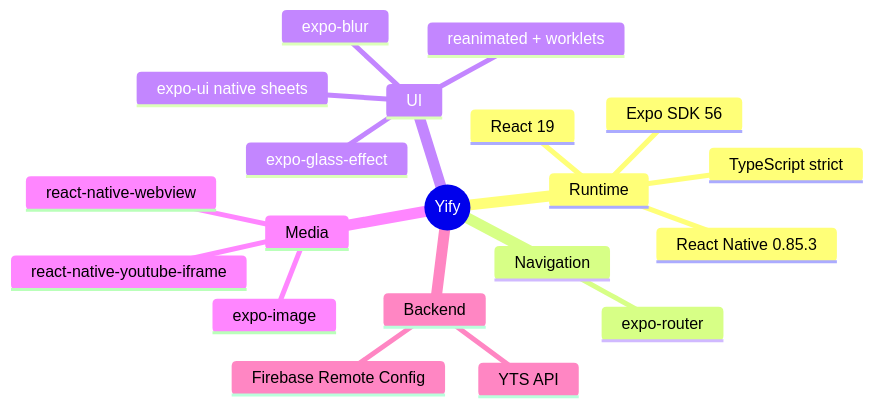
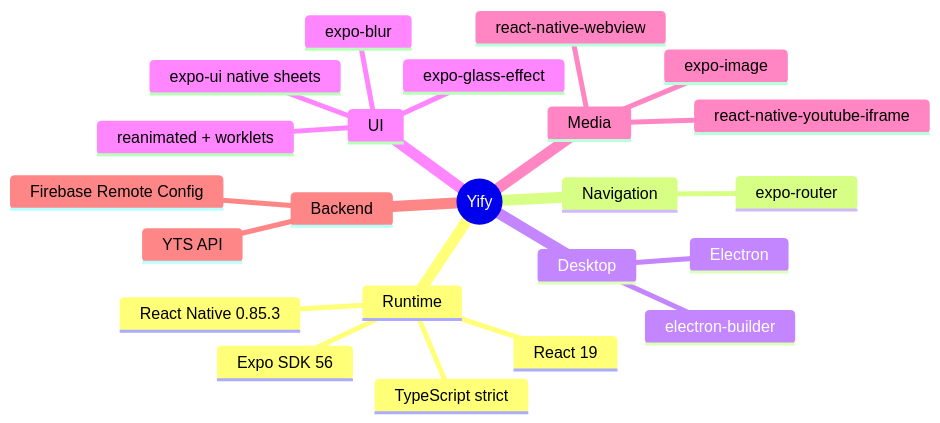
One commit to kunal26das/yify changed the fourth of 4 diagrams in README.md. Above: the diagram before and after it, drawn with Mermaid. The commit also changed other lines of this file, not shown here.

Commit message:
docs: document desktop (Electron) platform in README

````diff
--- a/README.md
+++ b/README.md
@@ -196,23 +199,26 @@
 ```mermaid
 mindmap
   root((Yify))
     Runtime
       Expo SDK 56
       React Native 0.85.3
       React 19
       TypeScript strict
     Navigation
       expo-router
+    Desktop
+      Electron
+      electron-builder
     UI
       expo-glass-effect
       expo-blur
       reanimated + worklets
       expo-ui native sheets
     Media
       react-native-webview
       react-native-youtube-iframe
       expo-image
     Backend
       YTS API
       Firebase Remote Config
 ```
````
